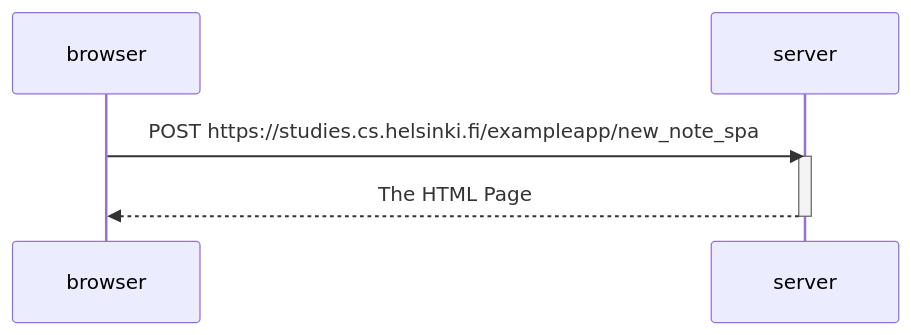
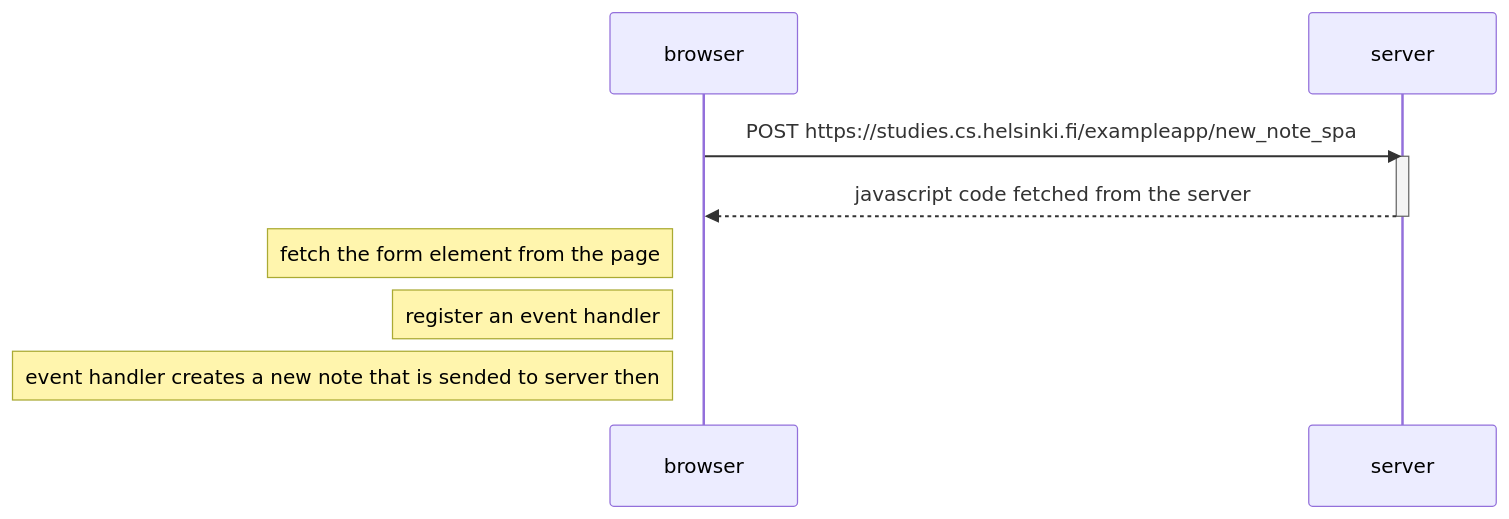
The diagram in 0.6/new_note_spa.md (wasiflamer/FSO-Part0), drawn with Mermaid before and after one commit.

````diff
--- a/0.6/new_note_spa.md
+++ b/0.6/new_note_spa.md
@@ -1,11 +1,16 @@
 ```mermaid
 sequenceDiagram
     participant browser
     participant server
 
     browser->>server: POST https://studies.cs.helsinki.fi/exampleapp/new_note_spa
     activate server
-    server-->>browser: The HTML Page  
+    server-->>browser: javascript code fetched from the server 
     deactivate server
 
+    Note left of browser: fetch the form element from the page
+    Note left of browser: register an event handler
+
+    Note left of browser: event handler creates a new note that is sended to server then 
+
 ```
````
